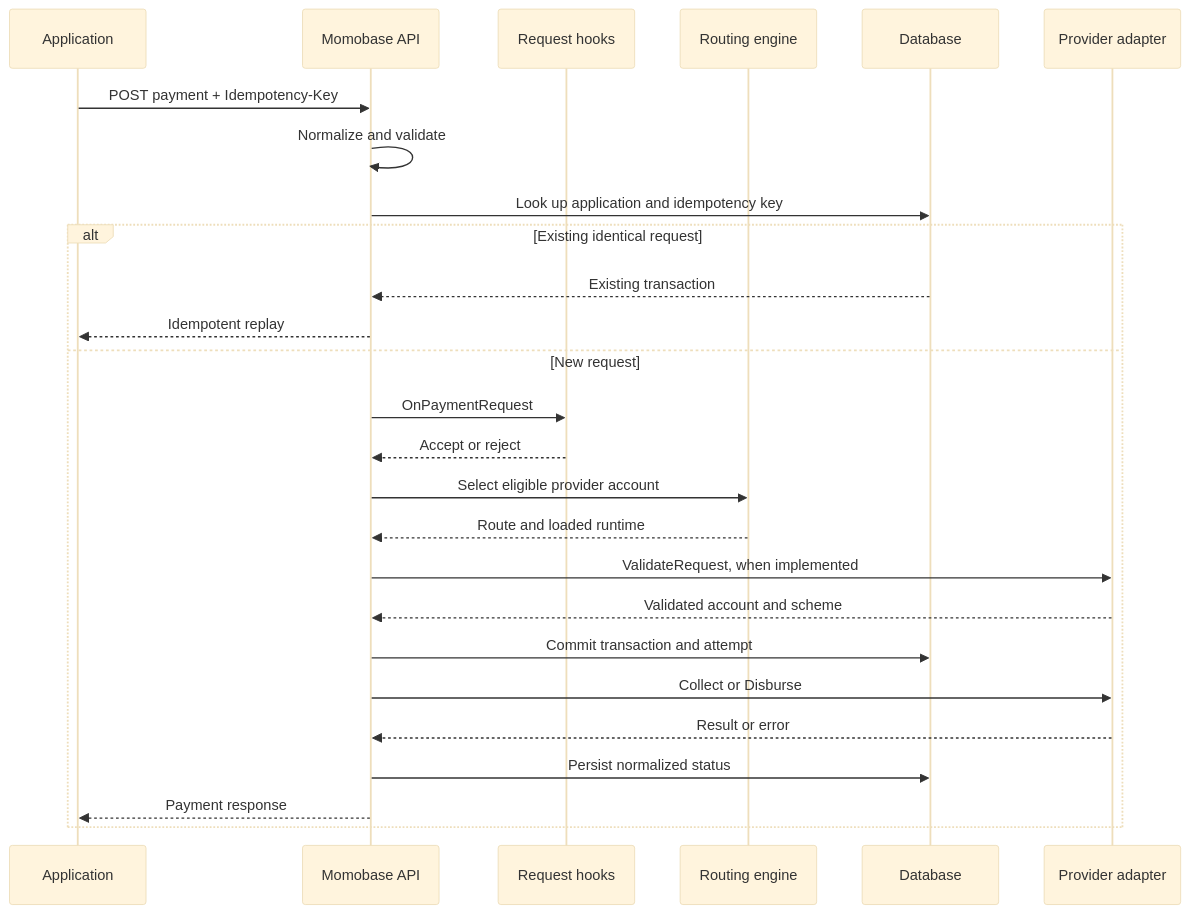
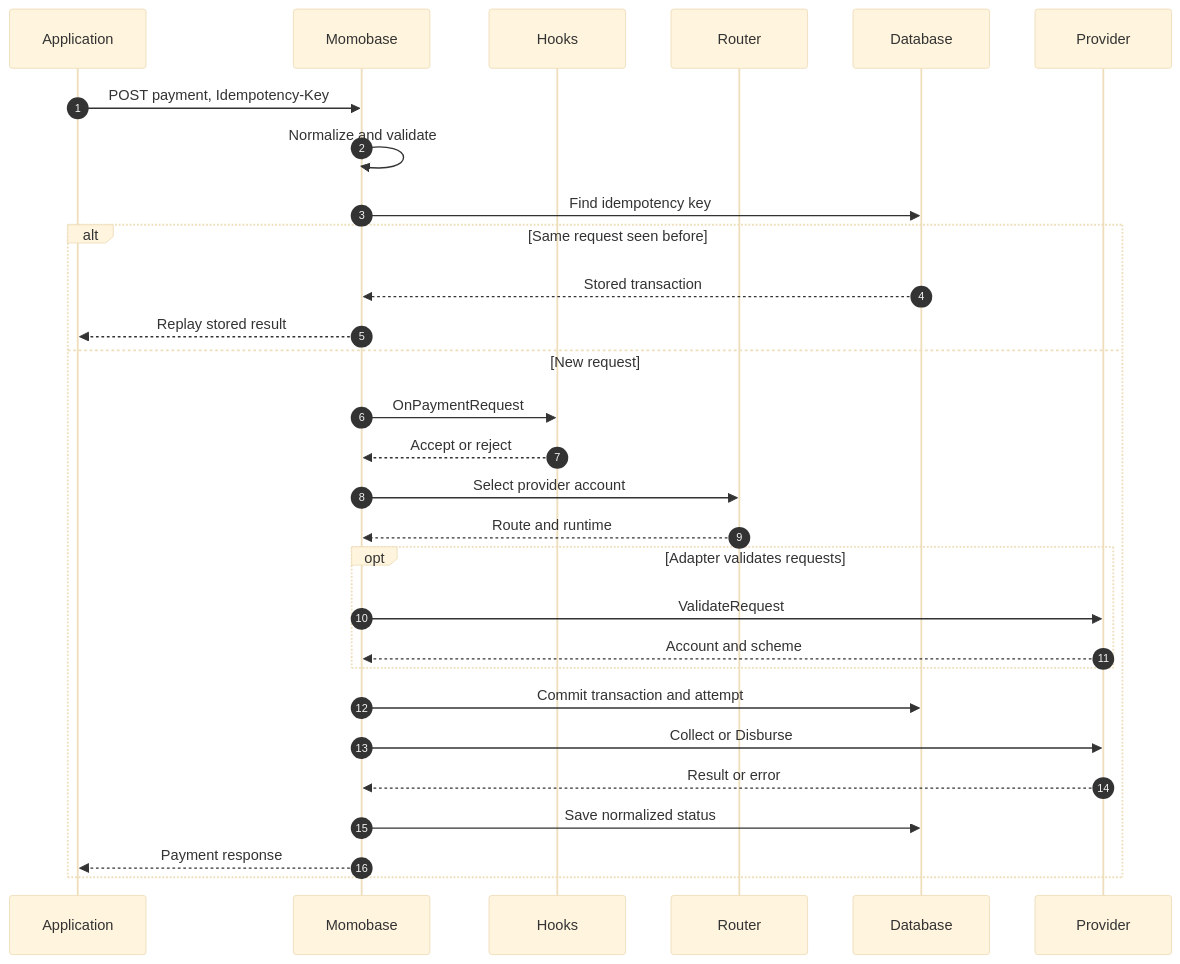
The first of 2 diagrams in guide/payment-lifecycle.md (momobasehq/momobasehq.github.io), drawn with Mermaid (base theme) before and after one commit. The commit also changed other lines of this file and 4 other files, not shown here.

Commit message:
docs: redraw diagrams as grouped flowcharts and architecture views

````diff
--- a/guide/payment-lifecycle.md
+++ b/guide/payment-lifecycle.md
@@ -9,29 +9,31 @@
 ```mermaid
 sequenceDiagram
+    autonumber
     participant App as Application
-    participant API as Momobase API
-    participant Hook as Request hooks
-    participant Route as Routing engine
+    participant API as Momobase
+    participant Hooks
+    participant Router
     participant DB as Database
-    participant Provider as Provider adapter
-
-    App->>API: POST payment + Idempotency-Key
+    participant Provider
+    App->>API: POST payment, Idempotency-Key
     API->>API: Normalize and validate
-    API->>DB: Look up application and idempotency key
-    alt Existing identical request
-        DB-->>API: Existing transaction
-        API-->>App: Idempotent replay
+    API->>DB: Find idempotency key
+    alt Same request seen before
+        DB-->>API: Stored transaction
+        API-->>App: Replay stored result
     else New request
-        API->>Hook: OnPaymentRequest
-        Hook-->>API: Accept or reject
-        API->>Route: Select eligible provider account
-        Route-->>API: Route and loaded runtime
-        API->>Provider: ValidateRequest, when implemented
-        Provider-->>API: Validated account and scheme
+        API->>Hooks: OnPaymentRequest
+        Hooks-->>API: Accept or reject
+        API->>Router: Select provider account
+        Router-->>API: Route and runtime
+        opt Adapter validates requests
+            API->>Provider: ValidateRequest
+            Provider-->>API: Account and scheme
+        end
         API->>DB: Commit transaction and attempt
         API->>Provider: Collect or Disburse
         Provider-->>API: Result or error
-        API->>DB: Persist normalized status
+        API->>DB: Save normalized status
         API-->>App: Payment response
     end
 ```
````
